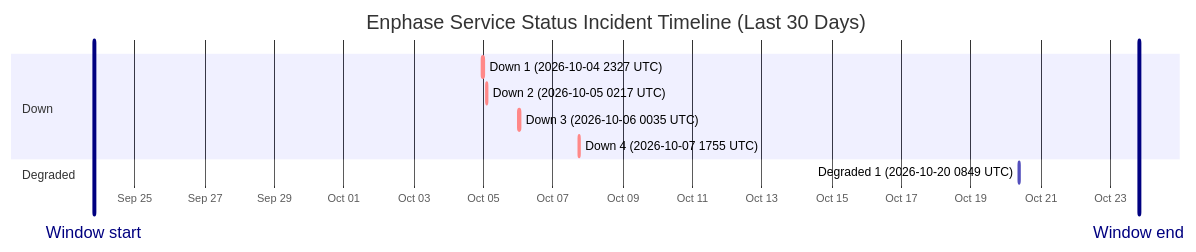
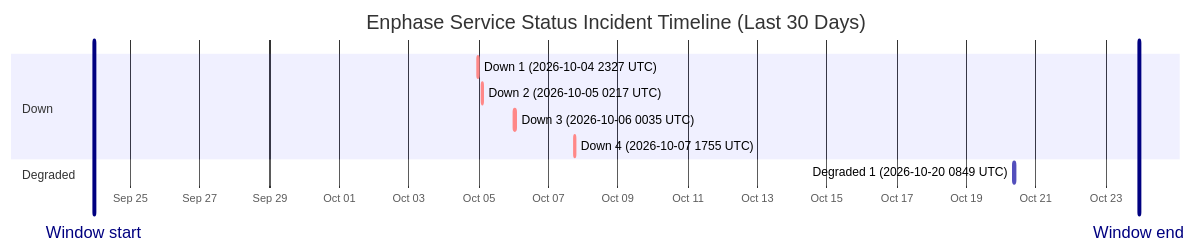
Before and after one commit to barneyonline/ha-enphase-energy: the diagram in wiki/Service-Status-History.md, drawn with Mermaid. The commit also changed other lines of this file and 3 other files, not shown here.

````diff
--- a/wiki/Service-Status-History.md
+++ b/wiki/Service-Status-History.md
@@ -14,15 +14,15 @@
 ```mermaid
 gantt
     title Enphase Service Status Incident Timeline (Last 30 Days)
     dateFormat  YYYY-MM-DDTHH:mm:ss
     axisFormat  %b %d
-    Window start :vert, window-start, 2026-09-23T19:46:47, 0ms
-    Window end :vert, window-end, 2026-10-23T19:46:47, 0ms
+    Window start :vert, window-start, 2026-09-23T22:53:39, 0ms
+    Window end :vert, window-end, 2026-10-23T22:53:39, 0ms
     section Down
     Down 1 (2026-10-04 2327 UTC) :crit, down-1, 2026-10-04T23:27:34, 60m
     Down 2 (2026-10-05 0217 UTC) :crit, down-2, 2026-10-05T02:17:30, 60m
     Down 3 (2026-10-06 0035 UTC) :crit, down-3, 2026-10-06T00:35:21, 60m
     Down 4 (2026-10-07 1755 UTC) :crit, down-4, 2026-10-07T17:55:16, 60m
     section Degraded
     Degraded 1 (2026-10-20 0849 UTC) :active, degraded-1, 2026-10-20T08:49:49, 60m
 ```
````
